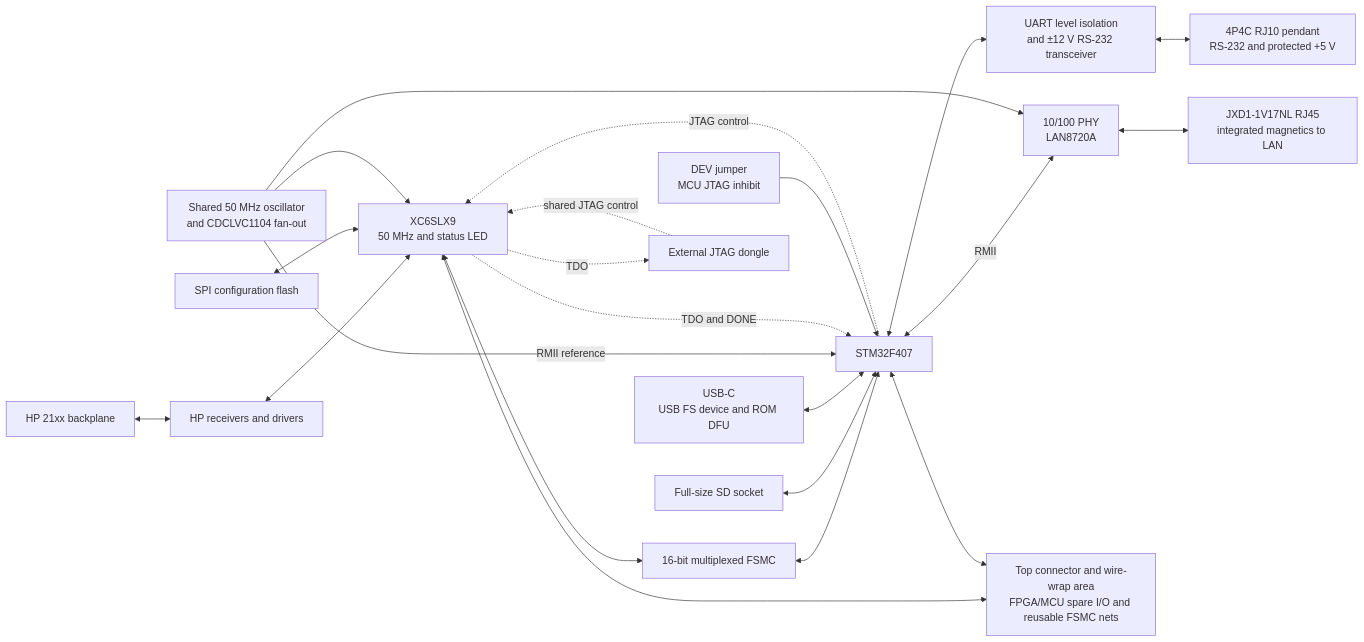
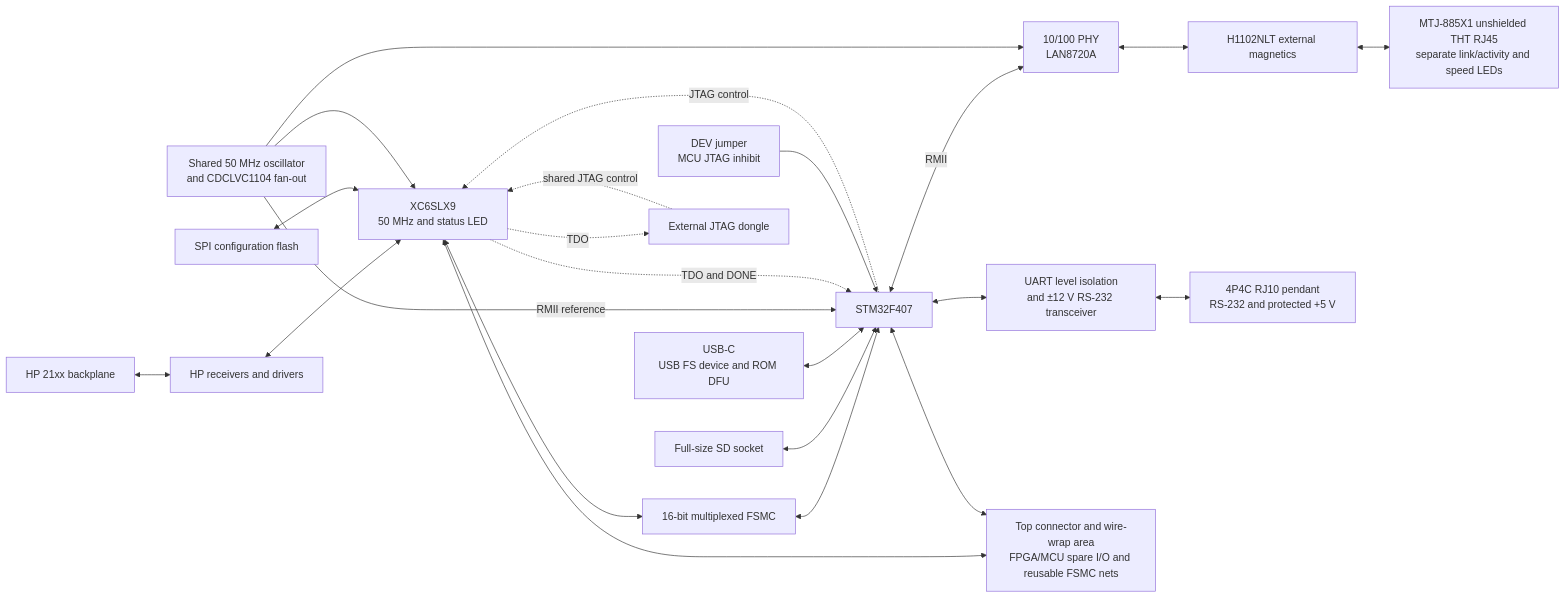
One commit to MattisLind/HP21xx_IO_FPGA changed the diagram in requirements/INTEGRATED_BOARD_DESIGN.md. Above: the diagram before and after it, drawn with Mermaid. The commit also changed other lines of this file and 6 other files, not shown here.

````diff
--- a/requirements/INTEGRATED_BOARD_DESIGN.md
+++ b/requirements/INTEGRATED_BOARD_DESIGN.md
@@ -69,24 +77,25 @@
 ```mermaid
 flowchart LR
     HP[HP 21xx backplane] <--> IO[HP receivers and drivers]
     IO <--> FPGA[XC6SLX9\n50 MHz and status LED]
     FPGA <--> FSMC[16-bit multiplexed FSMC]
     FSMC <--> MCU[STM32F407]
     SPI[SPI configuration flash] <--> FPGA
     SD[Full-size SD socket] <--> MCU
     USB[USB-C\nUSB FS device and ROM DFU] <--> MCU
     MCU <-- RMII --> PHY[10/100 PHY\nLAN8720A]
-    PHY <--> NET[JXD1-1V17NL RJ45\nintegrated magnetics to LAN]
+    PHY <--> MAG[H1102NLT external magnetics]
+    MAG <--> NET[MTJ-885X1 unshielded THT RJ45\nseparate link/activity and speed LEDs]
     CLK[Shared 50 MHz oscillator\nand CDCLVC1104 fan-out] --> FPGA
     CLK --> PHY
     CLK -- RMII reference --> MCU
     MCU <--> RS[UART level isolation\nand ±12 V RS-232 transceiver]
     RS <--> RJ[4P4C RJ10 pendant\nRS-232 and protected +5 V]
     MCU -. JTAG control .-> FPGA
     FPGA -. TDO and DONE .-> MCU
     EXT[External JTAG dongle] -. shared JTAG control .-> FPGA
     FPGA -. TDO .-> EXT
     DEV[DEV jumper\nMCU JTAG inhibit] --> MCU
     FPGA <--> EXP[Top connector and wire-wrap area\nFPGA/MCU spare I/O and reusable FSMC nets]
     MCU <--> EXP
 ```
````
